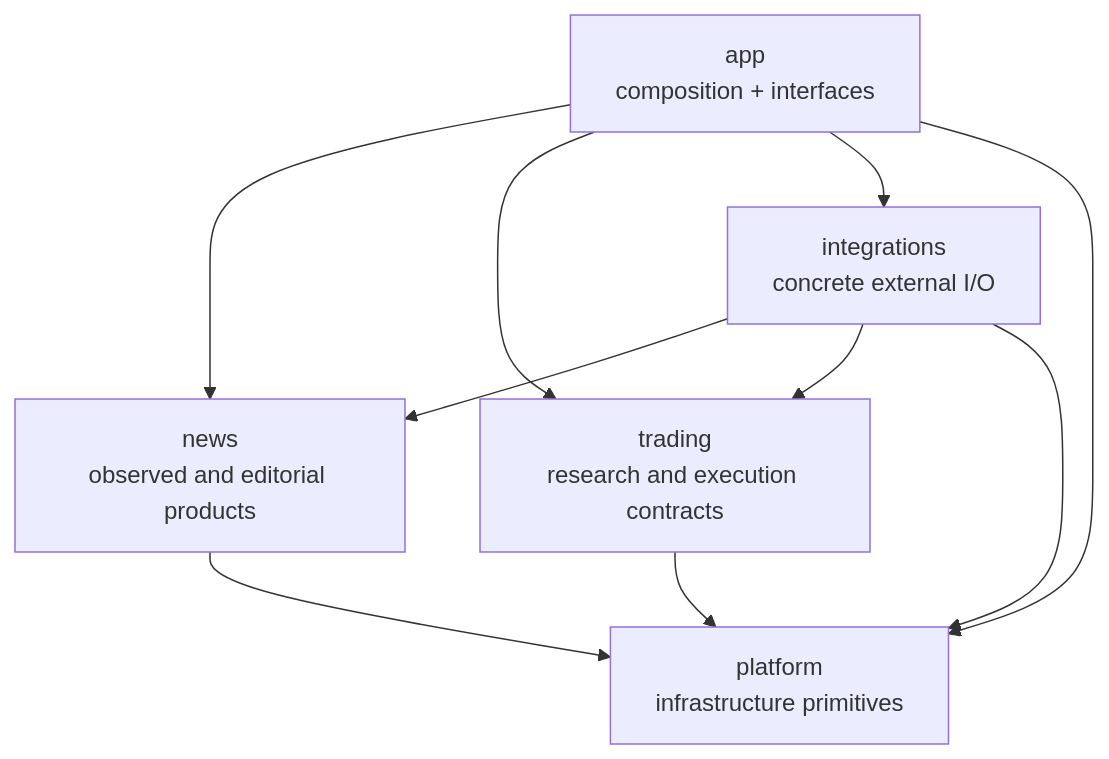
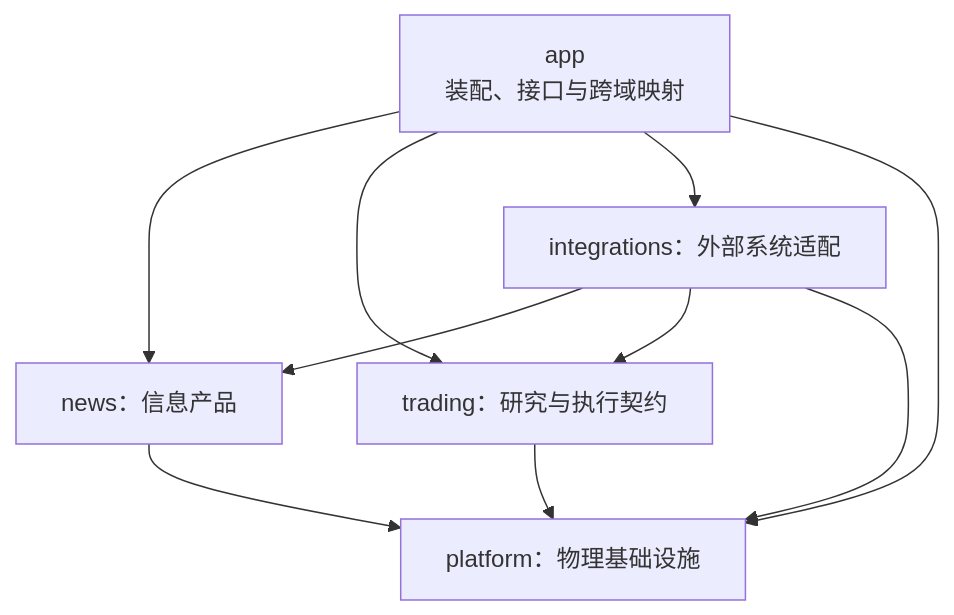
Before and after one commit to AnalyThothAI/tracefold: the second of 4 diagrams in docs/ARCHITECTURE.md, drawn with Mermaid. The commit also changed other lines of this file and 28 other files, not shown here.

````diff
--- a/docs/ARCHITECTURE.md
+++ b/docs/ARCHITECTURE.md
@@ -47,12 +43,12 @@
 ```mermaid
 flowchart TD
-    App["app<br/>composition + interfaces"] --> News["news<br/>observed and editorial products"]
-    App --> Trading["trading<br/>research and execution contracts"]
-    App --> Adapters["integrations<br/>concrete external I/O"]
-    App --> Platform["platform<br/>infrastructure primitives"]
-    Adapters --> News
-    Adapters --> Trading
-    Adapters --> Platform
+    App["app<br/>装配、接口与跨域映射"] --> News["news：信息产品"]
+    App --> Trading["trading：研究与执行契约"]
+    App --> Integrations["integrations：外部系统适配"]
+    App --> Platform["platform：物理基础设施"]
+    Integrations --> News
+    Integrations --> Trading
+    Integrations --> Platform
     News --> Platform
     Trading --> Platform
 ```
````
